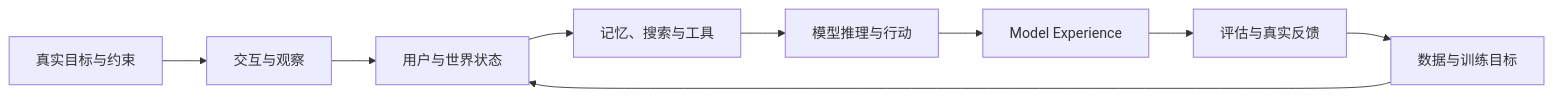
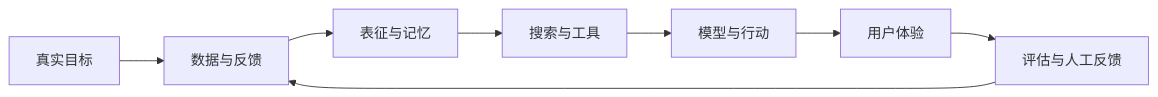
One commit to tianyi-zhang-02/cooking-agi changed the diagram in README.md. Above: the diagram before and after it, drawn with Mermaid. The commit also changed other lines of this file and 15 other files, not shown here.

````diff
--- a/README.md
+++ b/README.md
@@ -15,11 +27,10 @@
 ```mermaid
 flowchart LR
-    A[真实目标与约束] --> B[交互与观察]
-    B --> C[用户与世界状态]
-    C --> D[记忆、搜索与工具]
-    D --> E[模型推理与行动]
-    E --> F[Model Experience]
-    F --> G[评估与真实反馈]
-    G --> H[数据与训练目标]
-    H --> C
+    A[真实目标] --> B[数据与反馈]
+    B --> C[表征与记忆]
+    C --> D[搜索与工具]
+    D --> E[模型与行动]
+    E --> F[用户体验]
+    F --> G[评估与人工反馈]
+    G --> B
 ```
````
